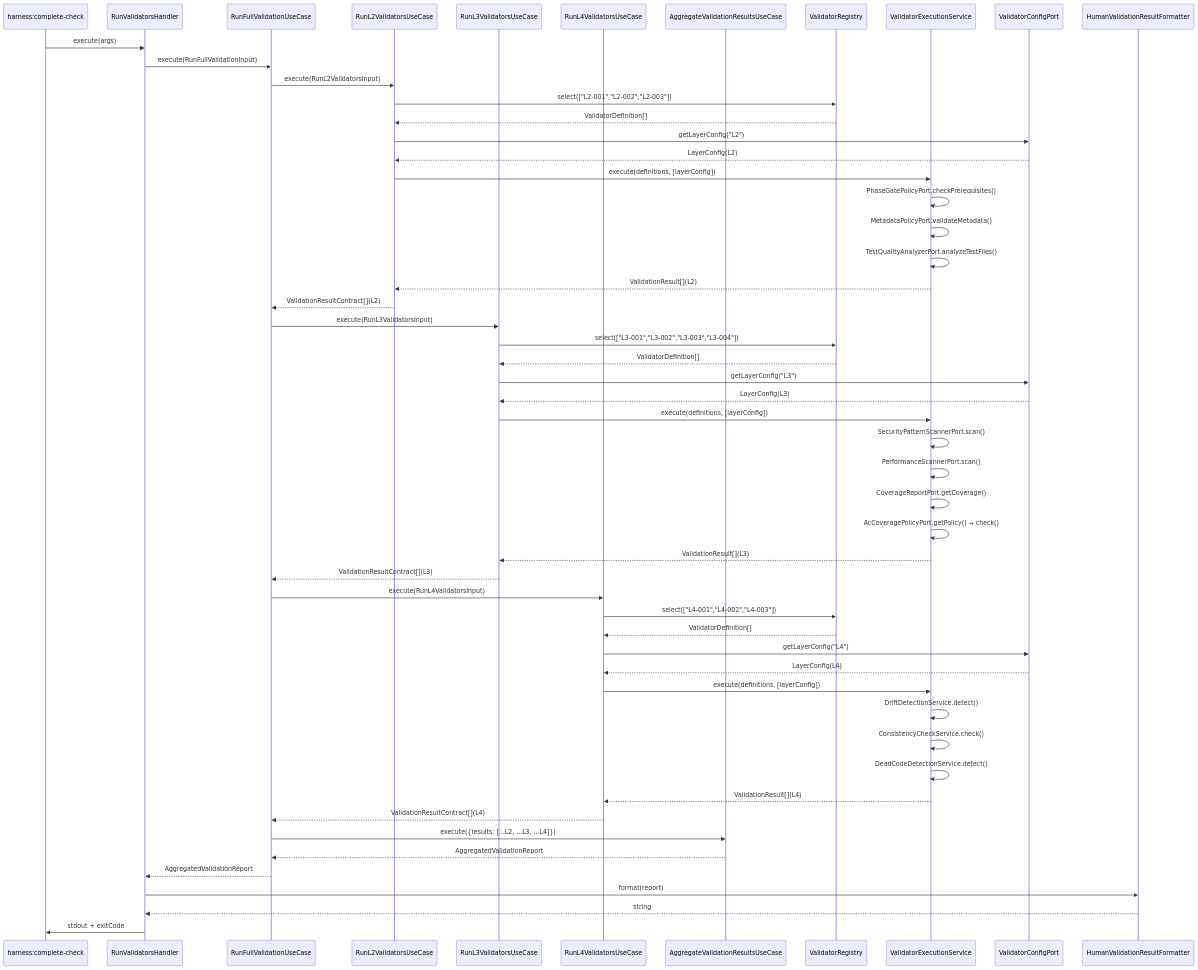
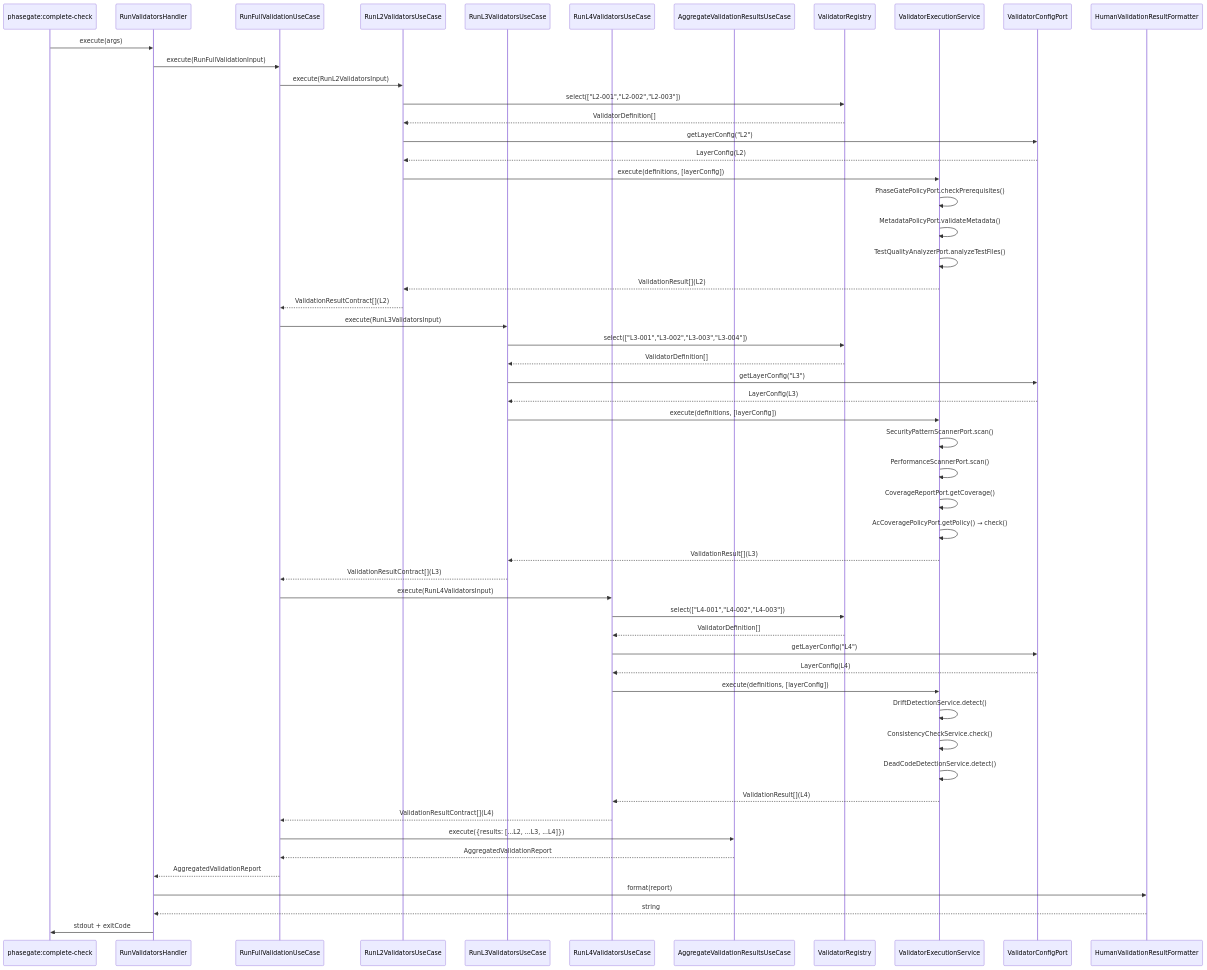
Before and after one commit to junpei-9898/phasegate: the second of 4 diagrams in docs/product/construction/validator-system/logical_design.md, drawn with Mermaid. The commit also changed other lines of this file and 181 other files, not shown here.

First line of the commit message:
feat: v0.16.0 — CLI コマンド名を harness から phasegate にリネーム

````diff
--- a/docs/product/construction/validator-system/logical_design.md
+++ b/docs/product/construction/validator-system/logical_design.md
@@ -1433,62 +1433,62 @@
 ```mermaid
 sequenceDiagram
-    participant CLI as harness:complete-check
+    participant CLI as phasegate:complete-check
     participant Handler as RunValidatorsHandler
     participant FullUC as RunFullValidationUseCase
     participant L2UC as RunL2ValidatorsUseCase
     participant L3UC as RunL3ValidatorsUseCase
     participant L4UC as RunL4ValidatorsUseCase
     participant AggUC as AggregateValidationResultsUseCase
     participant Registry as ValidatorRegistry
     participant ExecSvc as ValidatorExecutionService
     participant ConfigPort as ValidatorConfigPort
     participant Formatter as HumanValidationResultFormatter
 
     CLI->>Handler: execute(args)
     Handler->>FullUC: execute(RunFullValidationInput)
 
     FullUC->>L2UC: execute(RunL2ValidatorsInput)
     L2UC->>Registry: select(["L2-001","L2-002","L2-003"])
     Registry-->>L2UC: ValidatorDefinition[]
     L2UC->>ConfigPort: getLayerConfig("L2")
     ConfigPort-->>L2UC: LayerConfig(L2)
     L2UC->>ExecSvc: execute(definitions, [layerConfig])
     ExecSvc->>ExecSvc: PhaseGatePolicyPort.checkPrerequisites()
     ExecSvc->>ExecSvc: MetadataPolicyPort.validateMetadata()
     ExecSvc->>ExecSvc: TestQualityAnalyzerPort.analyzeTestFiles()
     ExecSvc-->>L2UC: ValidationResult[](L2)
     L2UC-->>FullUC: ValidationResultContract[](L2)
 
     FullUC->>L3UC: execute(RunL3ValidatorsInput)
     L3UC->>Registry: select(["L3-001","L3-002","L3-003","L3-004"])
     Registry-->>L3UC: ValidatorDefinition[]
     L3UC->>ConfigPort: getLayerConfig("L3")
     ConfigPort-->>L3UC: LayerConfig(L3)
     L3UC->>ExecSvc: execute(definitions, [layerConfig])
     ExecSvc->>ExecSvc: SecurityPatternScannerPort.scan()
     ExecSvc->>ExecSvc: PerformanceScannerPort.scan()
     ExecSvc->>ExecSvc: CoverageReportPort.getCoverage()
     ExecSvc->>ExecSvc: AcCoveragePolicyPort.getPolicy() → check()
     ExecSvc-->>L3UC: ValidationResult[](L3)
     L3UC-->>FullUC: ValidationResultContract[](L3)
 
     FullUC->>L4UC: execute(RunL4ValidatorsInput)
     L4UC->>Registry: select(["L4-001","L4-002","L4-003"])
     Registry-->>L4UC: ValidatorDefinition[]
     L4UC->>ConfigPort: getLayerConfig("L4")
     ConfigPort-->>L4UC: LayerConfig(L4)
     L4UC->>ExecSvc: execute(definitions, [layerConfig])
     ExecSvc->>ExecSvc: DriftDetectionService.detect()
     ExecSvc->>ExecSvc: ConsistencyCheckService.check()
     ExecSvc->>ExecSvc: DeadCodeDetectionService.detect()
     ExecSvc-->>L4UC: ValidationResult[](L4)
     L4UC-->>FullUC: ValidationResultContract[](L4)
 
     FullUC->>AggUC: execute({results: [...L2, ...L3, ...L4]})
     AggUC-->>FullUC: AggregatedValidationReport
     FullUC-->>Handler: AggregatedValidationReport
 
     Handler->>Formatter: format(report)
     Formatter-->>Handler: string
     Handler->>CLI: stdout + exitCode
 ```
````
